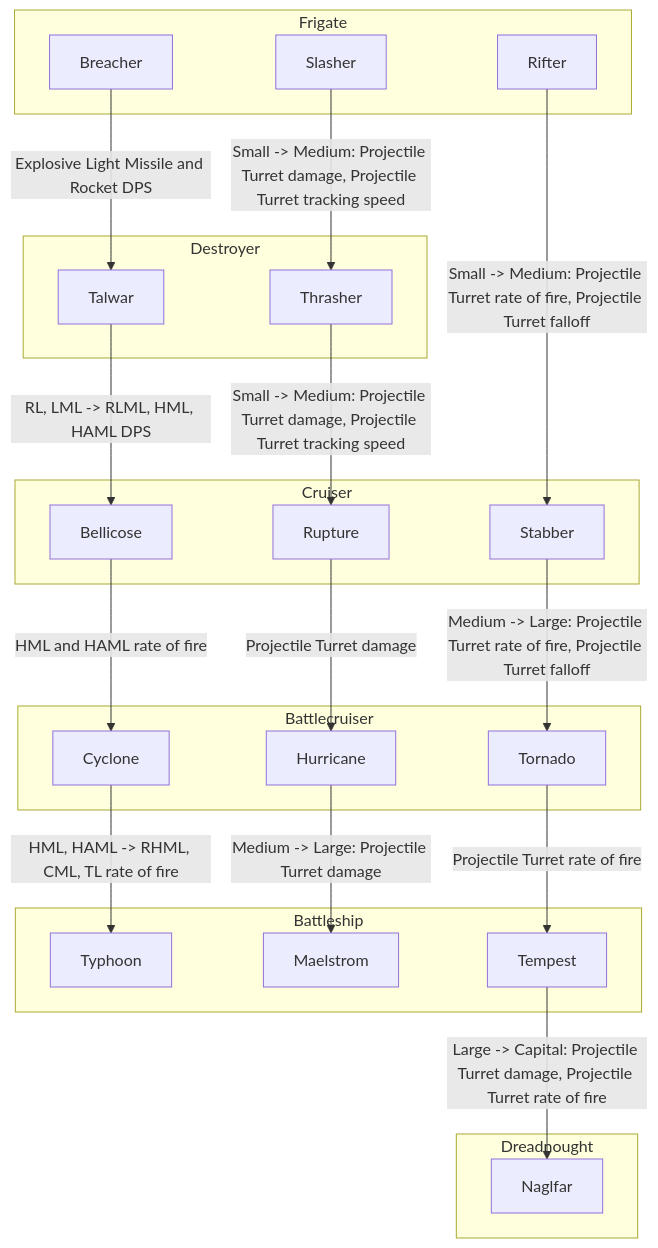
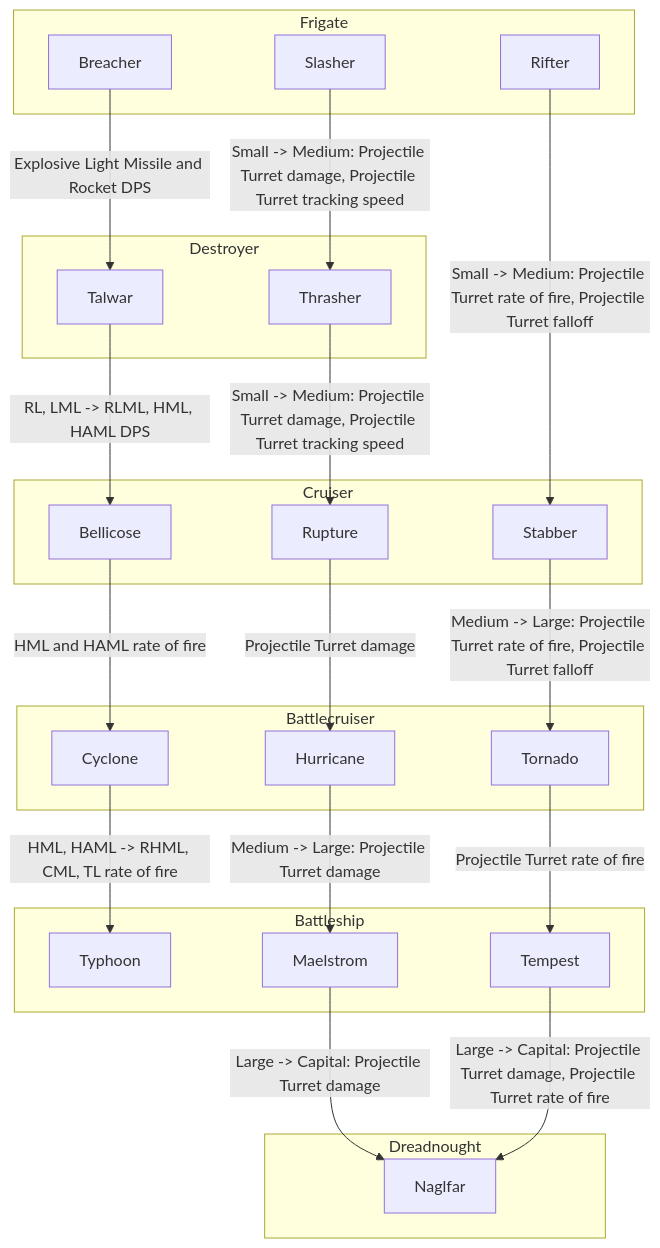
Before and after one commit to Skybladev2/EveShipsProgression: the diagram in README.md, drawn with Mermaid.

Commit message:
Maelstrom -> Naglfar

````diff
--- a/README.md
+++ b/README.md
@@ -5,46 +5,47 @@
 ```mermaid
 flowchart
 	
 	
 	
 	subgraph s1["Frigate"]
 		n10["Breacher"]
 		n5["Slasher"]
 		n1["Rifter"]
 	end
 	n1
 	subgraph s2["Cruiser"]
 		n12["Bellicose"]
 		n7["Rupture"]
 		n2["Stabber"]
 	end
 	n1 -->|"Small -> Medium: Projectile Turret rate of fire, Projectile Turret falloff"| n2
 	subgraph s3["Battlecruiser"]
 		n13["Cyclone"]
 		n8["Hurricane"]
 		n3["Tornado"]
 	end
 	n2 -->|"Medium -> Large: Projectile Turret rate of fire, Projectile Turret falloff"| n3
 	subgraph s4["Battleship"]
 		n14["Typhoon"]
 		n9["Maelstrom"]
 		n4["Tempest"]
 	end
 	n3 -->|"Projectile Turret rate of fire"| n4
 	subgraph s5["Destroyer"]
 		n11["Talwar"]
 		n6["Thrasher"]
 	end
 	n5 -->|"Small -> Medium: Projectile Turret damage, Projectile Turret tracking speed"| n6
 	n6 -->|"Small -> Medium: Projectile Turret damage, Projectile Turret tracking speed"| n7
 	n7 -->|"Projectile Turret damage"| n8
 	n8 -->|"Medium -> Large: Projectile Turret damage"| n9
 	n10 -->|"Explosive Light Missile and Rocket DPS"| n11
 	n11 -->|"RL, LML -> RLML, HML, HAML DPS"| n12
 	n12 -->|"HML and HAML rate of fire"| n13
 	n13 -->|" HML, HAML -> RHML, CML, TL rate of fire"| n14
 	subgraph s6["Dreadnought"]
 		n15["Naglfar"]
 	end
 	n4 -->|"Large -> Capital: Projectile Turret damage, Projectile Turret rate of fire"| n15
+	n9 -->|"Large -> Capital: Projectile Turret damage"| n15
 ```
````
